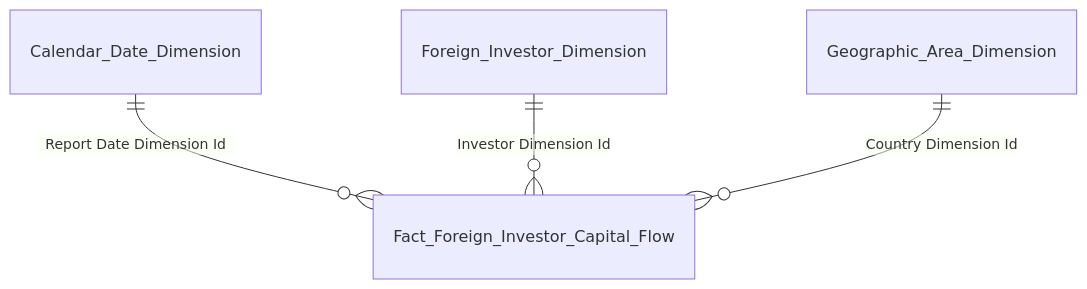
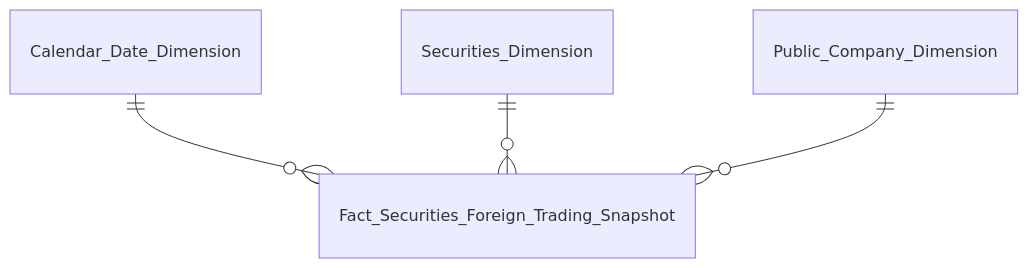
The second of 3 diagrams in Datamart/hld/DTM_NDTNN_Entities.md (linhlvit/ubck_atomic_design), drawn with Mermaid before and after one commit. The commit also changed other lines of this file and 62 other files, not shown here.

````diff
--- a/Datamart/hld/DTM_NDTNN_Entities.md
+++ b/Datamart/hld/DTM_NDTNN_Entities.md
@@ -51,6 +27,6 @@
 ```mermaid
 erDiagram
-    Calendar_Date_Dimension ||--o{ Fact_Foreign_Investor_Capital_Flow : "Report Date Dimension Id"
-    Foreign_Investor_Dimension ||--o{ Fact_Foreign_Investor_Capital_Flow : "Investor Dimension Id"
-    Geographic_Area_Dimension ||--o{ Fact_Foreign_Investor_Capital_Flow : "Country Dimension Id"
+    Calendar_Date_Dimension ||--o{ Fact_Securities_Foreign_Trading_Snapshot : " "
+    Securities_Dimension ||--o{ Fact_Securities_Foreign_Trading_Snapshot : " "
+    Public_Company_Dimension ||--o{ Fact_Securities_Foreign_Trading_Snapshot : " "
 ```
````
